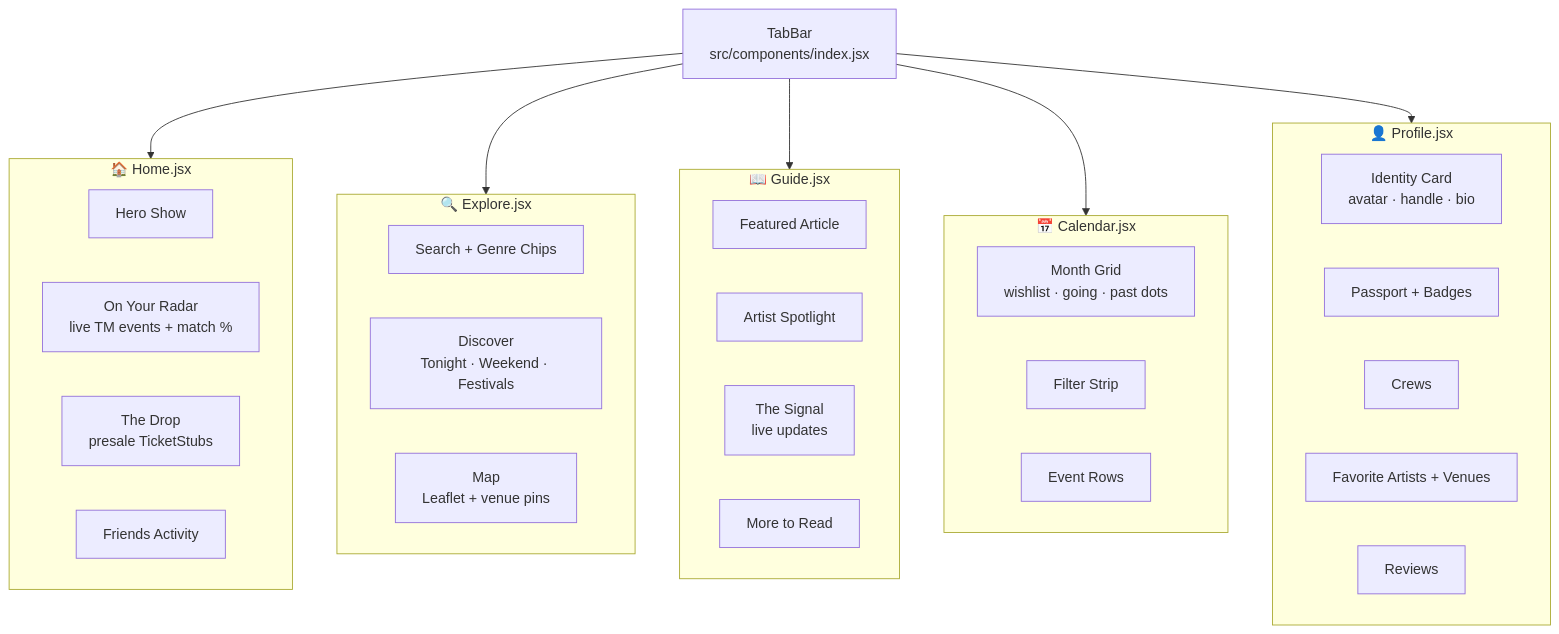
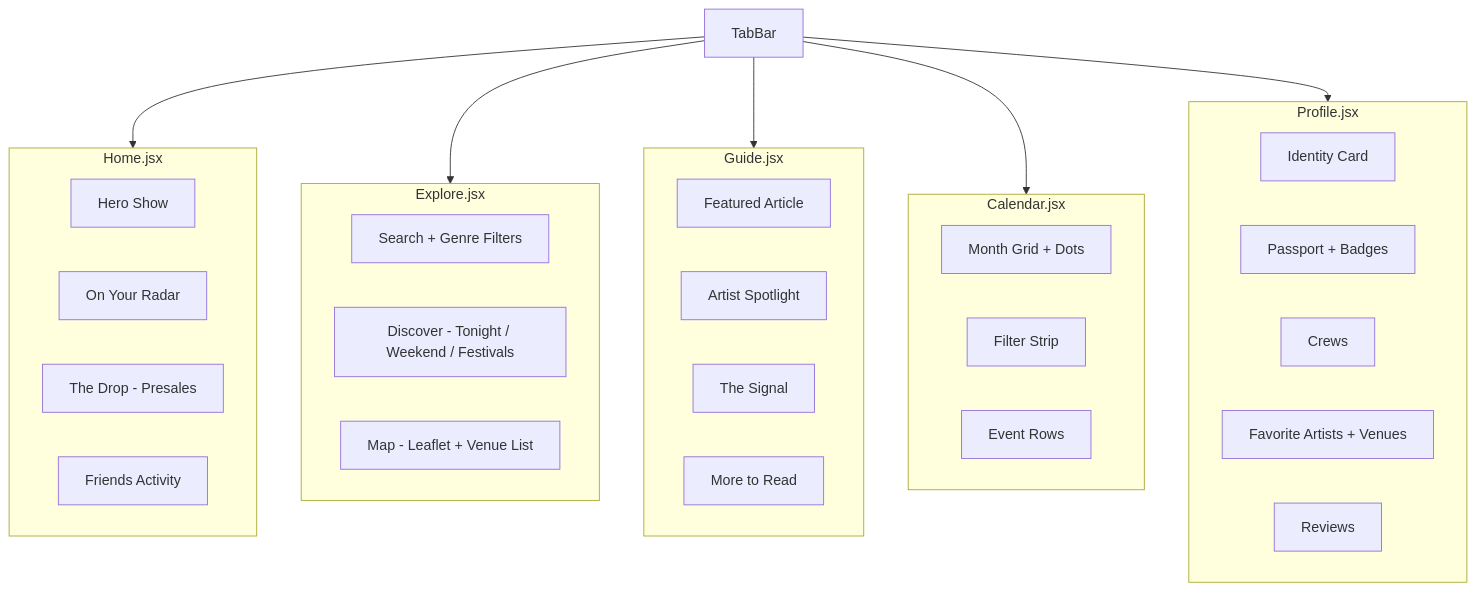
Before and after one commit to kartikchatlani/Venu: the second of 3 diagrams in docs/architecture.md, drawn with Mermaid. The commit also changed other lines of this file, not shown here.

First line of the commit message:
docs: clean up architecture diagrams — no newlines, no crossing arrows

````diff
--- a/docs/architecture.md
+++ b/docs/architecture.md
@@ -60,40 +69,44 @@
 ```mermaid
 flowchart TD
-    TabBar["TabBar\nsrc/components/index.jsx"]
+    TabBar["TabBar"]
 
-    subgraph H["🏠 Home.jsx"]
+    subgraph H["Home.jsx"]
         H1["Hero Show"]
-        H2["On Your Radar\nlive TM events + match %"]
-        H3["The Drop\npresale TicketStubs"]
+        H2["On Your Radar"]
+        H3["The Drop - Presales"]
         H4["Friends Activity"]
     end
 
-    subgraph E["🔍 Explore.jsx"]
-        E1["Search + Genre Chips"]
-        E2["Discover\nTonight · Weekend · Festivals"]
-        E3["Map\nLeaflet + venue pins"]
+    subgraph E["Explore.jsx"]
+        E1["Search + Genre Filters"]
+        E2["Discover - Tonight / Weekend / Festivals"]
+        E3["Map - Leaflet + Venue List"]
     end
 
-    subgraph G["📖 Guide.jsx"]
+    subgraph G["Guide.jsx"]
         G1["Featured Article"]
         G2["Artist Spotlight"]
-        G3["The Signal\nlive updates"]
+        G3["The Signal"]
         G4["More to Read"]
     end
 
-    subgraph C["📅 Calendar.jsx"]
-        C1["Month Grid\nwishlist · going · past dots"]
+    subgraph C["Calendar.jsx"]
+        C1["Month Grid + Dots"]
         C2["Filter Strip"]
         C3["Event Rows"]
     end
 
-    subgraph P["👤 Profile.jsx"]
-        P1["Identity Card\navatar · handle · bio"]
+    subgraph P["Profile.jsx"]
+        P1["Identity Card"]
         P2["Passport + Badges"]
         P3["Crews"]
         P4["Favorite Artists + Venues"]
         P5["Reviews"]
     end
 
-    TabBar --> H & E & G & C & P
+    TabBar --> H
+    TabBar --> E
+    TabBar --> G
+    TabBar --> C
+    TabBar --> P
 ```
````
